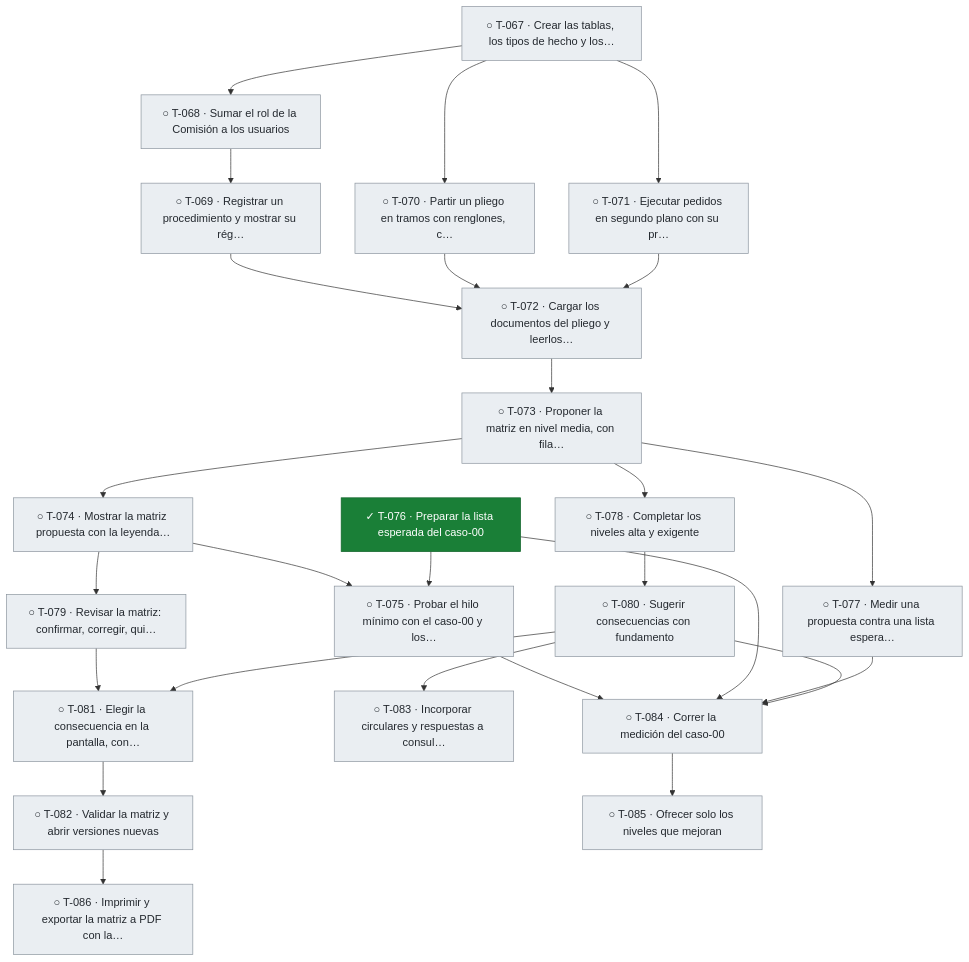
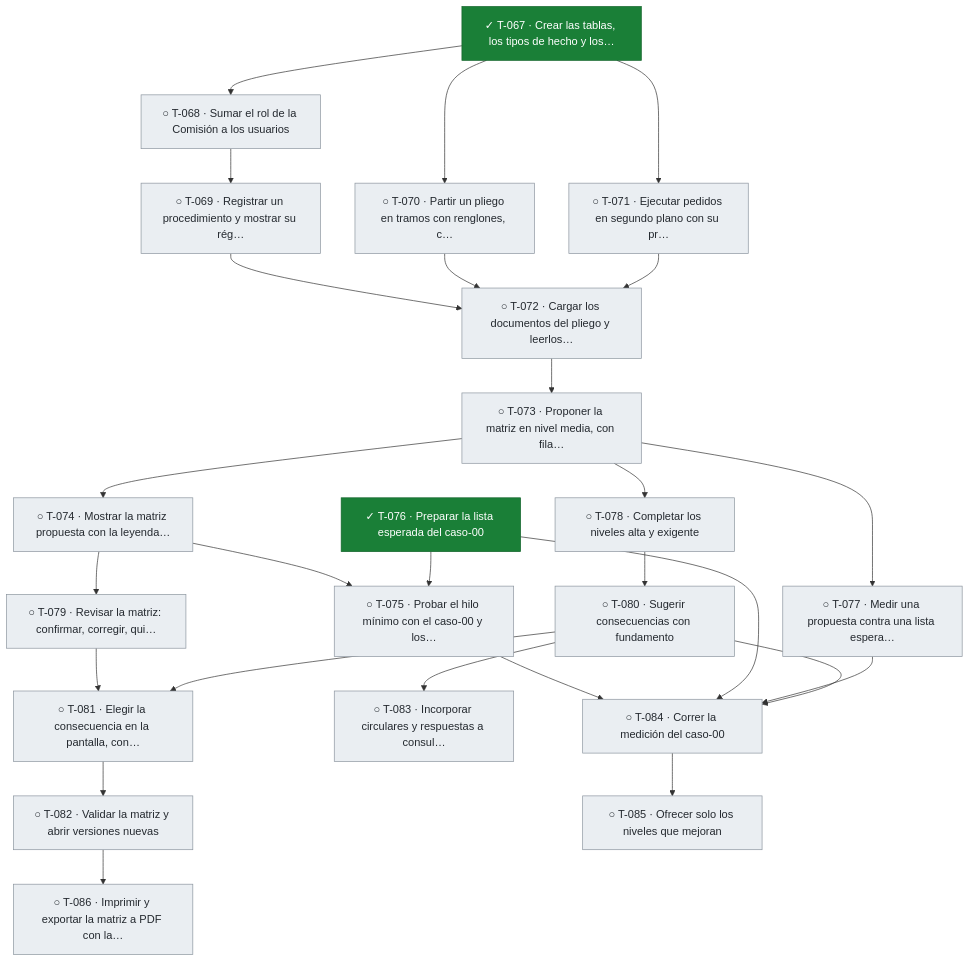
Before and after one commit to snavello/EVALUON: the fifth of 5 diagrams in docs/tablero.md, drawn with Mermaid. The commit also changed other lines of this file and 1 other file, not shown here.

````diff
--- a/docs/tablero.md
+++ b/docs/tablero.md
@@ -399,53 +399,53 @@
 ```mermaid
 flowchart TD
-  T067["○ T-067 · Crear las tablas, los tipos de hecho y los…"]:::todo
+  T067["✓ T-067 · Crear las tablas, los tipos de hecho y los…"]:::done
   T068["○ T-068 · Sumar el rol de la Comisión a los usuarios"]:::todo
   T069["○ T-069 · Registrar un procedimiento y mostrar su rég…"]:::todo
   T070["○ T-070 · Partir un pliego en tramos con renglones, c…"]:::todo
   T071["○ T-071 · Ejecutar pedidos en segundo plano con su pr…"]:::todo
   T072["○ T-072 · Cargar los documentos del pliego y leerlos…"]:::todo
   T073["○ T-073 · Proponer la matriz en nivel media, con fila…"]:::todo
   T074["○ T-074 · Mostrar la matriz propuesta con la leyenda…"]:::todo
   T075["○ T-075 · Probar el hilo mínimo con el caso-00 y los…"]:::todo
   T076["✓ T-076 · Preparar la lista esperada del caso-00"]:::done
   T077["○ T-077 · Medir una propuesta contra una lista espera…"]:::todo
   T078["○ T-078 · Completar los niveles alta y exigente"]:::todo
   T079["○ T-079 · Revisar la matriz: confirmar, corregir, qui…"]:::todo
   T080["○ T-080 · Sugerir consecuencias con fundamento"]:::todo
   T081["○ T-081 · Elegir la consecuencia en la pantalla, con…"]:::todo
   T082["○ T-082 · Validar la matriz y abrir versiones nuevas"]:::todo
   T083["○ T-083 · Incorporar circulares y respuestas a consul…"]:::todo
   T084["○ T-084 · Correr la medición del caso-00"]:::todo
   T085["○ T-085 · Ofrecer solo los niveles que mejoran"]:::todo
   T086["○ T-086 · Imprimir y exportar la matriz a PDF con la…"]:::todo
   T067 --> T068
   T068 --> T069
   T067 --> T070
   T067 --> T071
   T069 --> T072
   T070 --> T072
   T071 --> T072
   T072 --> T073
   T073 --> T074
   T074 --> T075
   T076 --> T075
   T073 --> T077
   T073 --> T078
   T074 --> T079
   T078 --> T080
   T079 --> T081
   T080 --> T081
   T081 --> T082
   T080 --> T083
   T075 --> T084
   T076 --> T084
   T077 --> T084
   T080 --> T084
   T084 --> T085
   T082 --> T086
   classDef done fill:#1a7f37,stroke:#116329,color:#ffffff
   classDef review fill:#0969da,stroke:#0550ae,color:#ffffff
   classDef active fill:#bf8700,stroke:#7d4e00,color:#ffffff
   classDef blocked fill:#cf222e,stroke:#a40e26,color:#ffffff
   classDef todo fill:#eaeef2,stroke:#8c959f,color:#24292f
 ```
````
